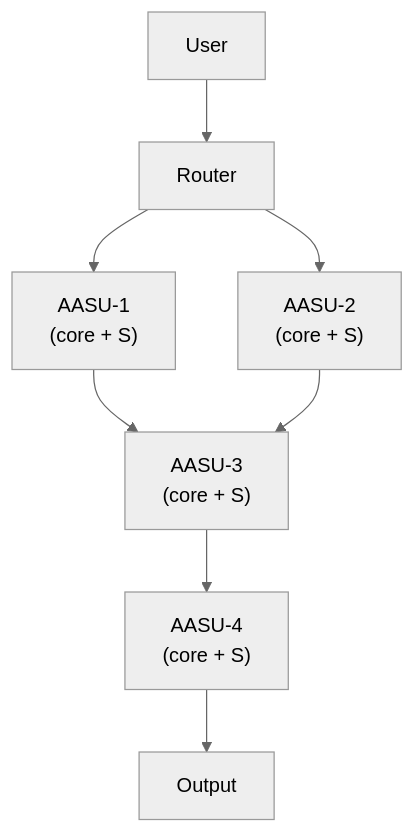
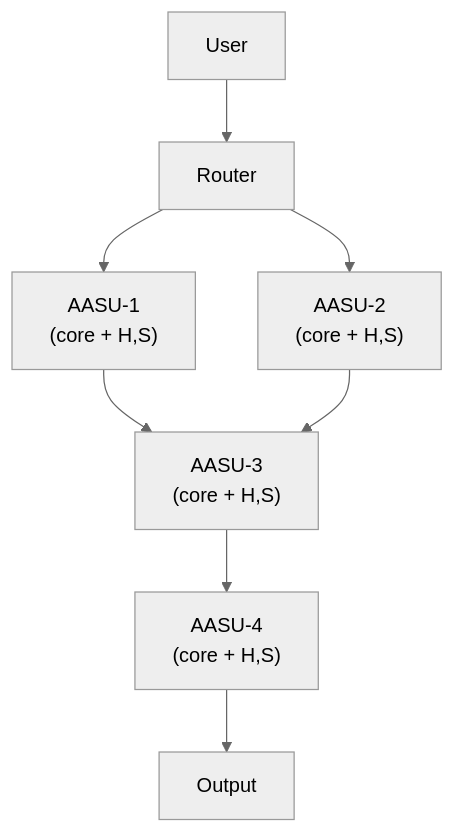
One commit to SAISec/AASU changed the fourth of 4 diagrams in docs/whitepapers/AASU_White_Paper_Publish_Ready_v1_2.md. Above: the diagram before and after it, drawn with Mermaid (neutral theme). The commit also changed other lines of this file and 16 other files, not shown here.

````diff
--- a/docs/whitepapers/AASU_White_Paper_Publish_Ready_v1_2.md
+++ b/docs/whitepapers/AASU_White_Paper_Publish_Ready_v1_2.md
@@ -100,10 +101,10 @@
 ``` mermaid
 flowchart TD
     User --> R[Router]
-    R --> A1["AASU-1<br/>(core + S)"]
-    R --> A2["AASU-2<br/>(core + S)"]
-    A1 --> B1["AASU-3<br/>(core + S)"]
+    R --> A1["AASU-1<br/>(core + H,S)"]
+    R --> A2["AASU-2<br/>(core + H,S)"]
+    A1 --> B1["AASU-3<br/>(core + H,S)"]
     A2 --> B1
-    B1 --> C1["AASU-4<br/>(core + S)"]
+    B1 --> C1["AASU-4<br/>(core + H,S)"]
     C1 --> Output
 ```
````
